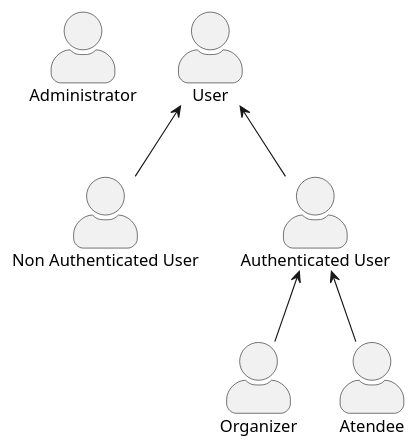
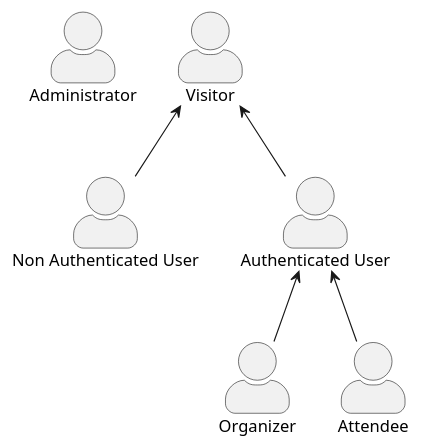
The diagram in docs/actors.puml (bdmendes/feup-lbaw-bright-events), drawn with PlantUML before and after one commit. The commit also changed 1 other file, not shown here.

Commit message:
Updated actors diagram

```diff
--- a/docs/actors.puml
+++ b/docs/actors.puml
@@ -1,20 +1,19 @@
 @startuml actors
 skinparam monochrome true
 skinparam backgroundColor transparent
 skinparam actorStyle awesome
 
 :Administrator: as admin
-:User: as U
+:Visitor: as V
 :Non Authenticated User: as NAU
 :Authenticated User: as AU
 :Organizer: as AUO
-:Atendee: as AUA
+:Attendee: as AUA
 
 
-U <-- NAU
-U <-- AU
-
+V <-- NAU
+V <-- AU
 AU <-- AUO
 AU <-- AUA
 
 @enduml
```
